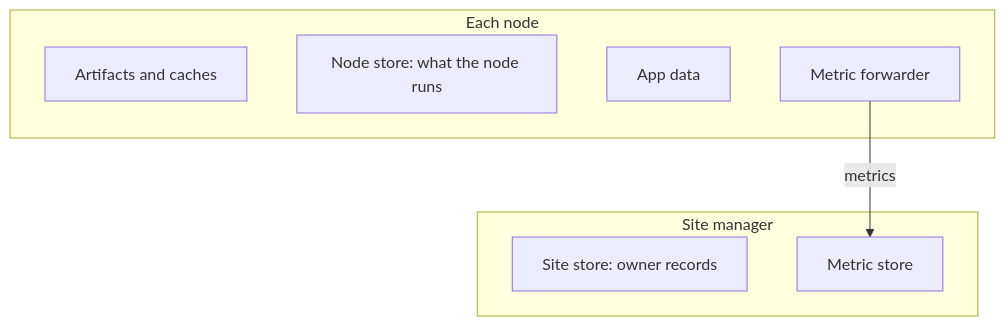
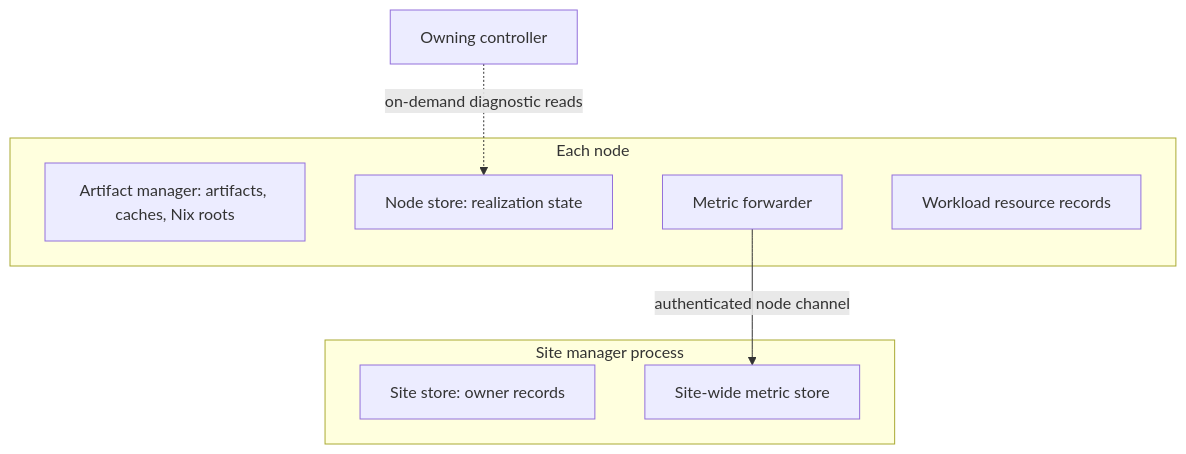
One commit to dotcoreai/dotcore changed the diagram in docs/design/storage.md. Above: the diagram before and after it, drawn with Mermaid. The commit also changed other lines of this file and 12 other files, not shown here.

Commit message:
docs(*): restructure design pages as architecture specs

````diff
--- a/docs/design/storage.md
+++ b/docs/design/storage.md
@@ -16,14 +32,15 @@
 ```mermaid
 flowchart TB
-  subgraph Site["Site manager"]
+  subgraph Manager["Site manager process"]
     SS["Site store: owner records"]
-    MS["Metric store"]
+    MS["Site-wide metric store"]
   end
   subgraph Node["Each node"]
-    AM["Artifacts and caches"]
-    NS["Node store: what the node runs"]
-    AD["App data"]
+    AM["Artifact manager: artifacts, caches, Nix roots"]
+    NS["Node store: realization state"]
     FW["Metric forwarder"]
+    TS["Workload resource records"]
   end
-  FW -->|"metrics"| MS
+  FW -->|"authenticated node channel"| MS
+  CTRL["Owning controller"] -.->|"on-demand diagnostic reads"| NS
 ```
````
